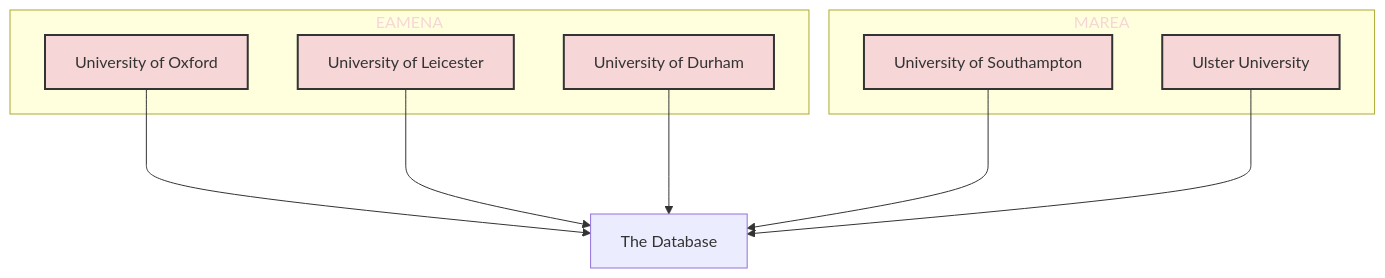
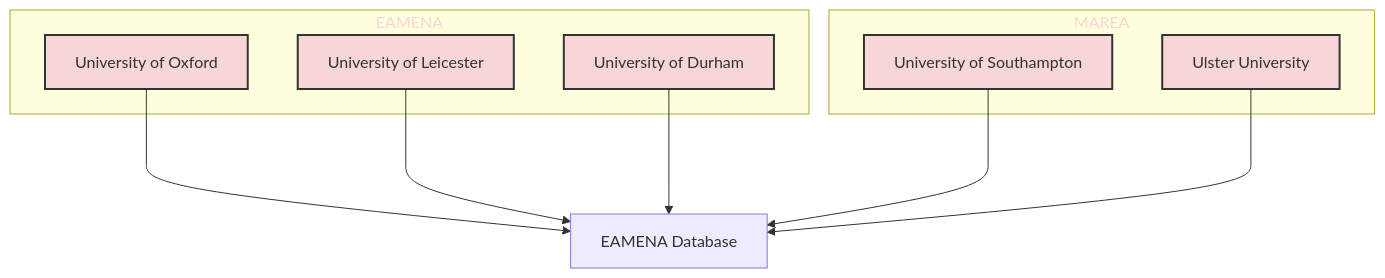
The diagram in talks/2024-chma/index.qmd (eamena-project/eamena-arches-dev), drawn with Mermaid before and after one commit. The commit also changed other lines of this file and 5 other files, not shown here.

````diff
--- a/talks/2024-chma/index.qmd
+++ b/talks/2024-chma/index.qmd
@@ -65,32 +65,32 @@
 ```{mermaid}
 flowchart TD
   subgraph EA[EAMENA]
     id1[University of Oxford]
     id2[University of Leicester]
     id3[University of Durham]
   end
-  id1 ---> id6[The Database]
+  id1 ---> id6[EAMENA Database]
   id2 ---> id6
   id3 ---> id6
   subgraph MA[MAREA]
     id4[University of Southampton]
     id5[Ulster University]
   end
   id4 ---> id6
   id5 ---> id6
   
   style EA color:#f6d6d6
   style MA color:#f6d6d6
   
   style id1 fill:#f6d6d6,stroke:#333,stroke-width:2px
   style id2 fill:#f6d6d6,stroke:#333,stroke-width:2px
   style id3 fill:#f6d6d6,stroke:#333,stroke-width:2px
   style id4 fill:#f6d6d6,stroke:#333,stroke-width:2px
   style id5 fill:#f6d6d6,stroke:#333,stroke-width:2px
   
   click id1 "https://www.ox.ac.uk/" _blank
   click id2 "https://le.ac.uk/" _blank
   click id3 "https://www.durham.ac.uk/" _blank
   click id4 "https://www.southampton.ac.uk/" _blank
   click id5 "https://www.ulster.ac.uk/" _blank
 ```
````
